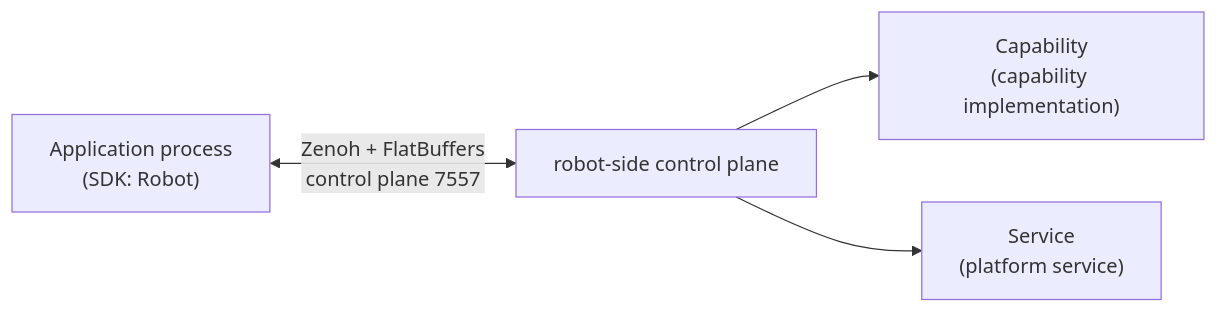
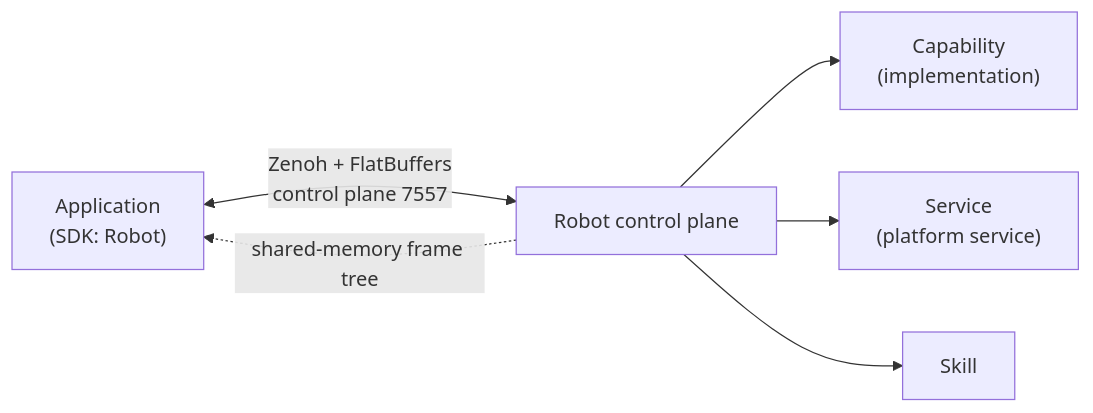
The diagram in docs/en/overview.md (fabot-sdk/fabot-sdk-docs), drawn with Mermaid before and after one commit. The commit also changed other lines of this file and 129 other files, not shown here.

````diff
--- a/docs/en/overview.md
+++ b/docs/en/overview.md
@@ -16,6 +16,8 @@
 ```mermaid
 flowchart LR
-    App["Application process<br/>(SDK: Robot)"] <-->|"Zenoh + FlatBuffers<br/>control plane 7557"| Manager["robot-side control plane"]
-    Manager --> Cap["Capability<br/>(capability implementation)"]
+    App["Application<br/>(SDK: Robot)"] <-->|"Zenoh + FlatBuffers<br/>control plane 7557"| Manager["Robot control plane"]
+    Manager --> Cap["Capability<br/>(implementation)"]
     Manager --> Svc["Service<br/>(platform service)"]
+    Manager --> Skill["Skill"]
+    Manager -.->|"shared-memory frame tree"| App
 ```
````
